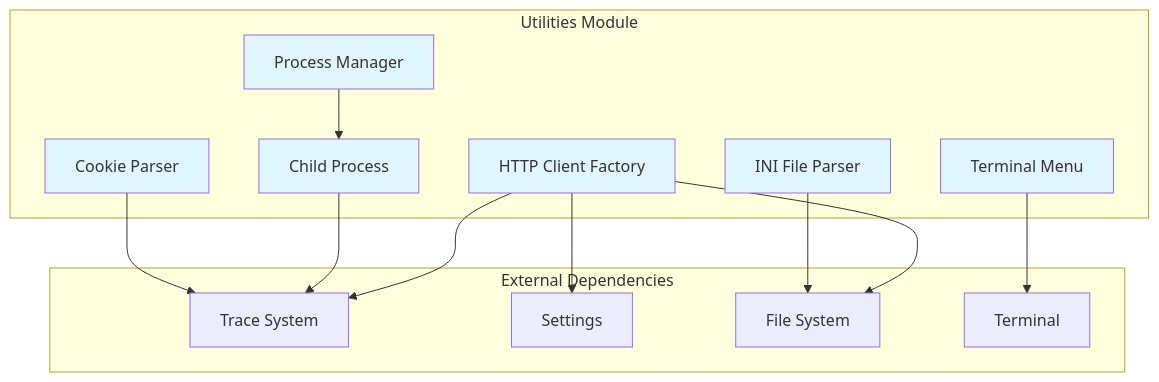
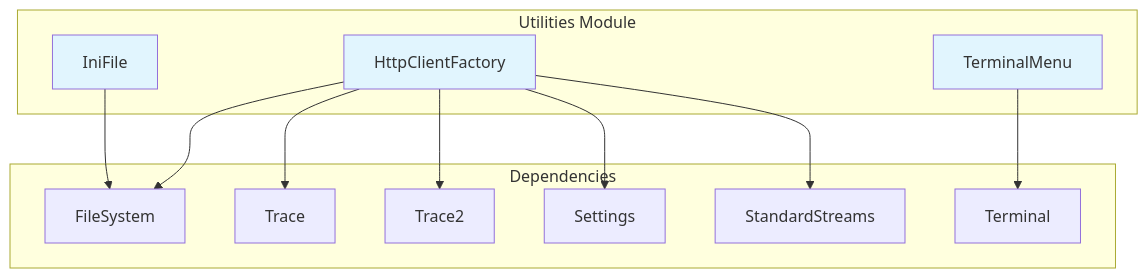
Before and after one commit to FSoft-AI4Code/codewiki-demo: the first of 6 diagrams in docs/git-ecosystem--git-credential-manager-docs/Utilities.md, drawn with Mermaid. The commit also changed other lines of this file and 1103 other files, not shown here.

````diff
--- a/docs/git-ecosystem--git-credential-manager-docs/Utilities.md
+++ b/docs/git-ecosystem--git-credential-manager-docs/Utilities.md
@@ -9,34 +21,29 @@
 ```mermaid
 graph TB
     subgraph "Utilities Module"
-        HTTP[HTTP Client Factory]
-        PM[Process Manager]
-        CP[Child Process]
-        INI[INI File Parser]
-        COOKIE[Cookie Parser]
-        MENU[Terminal Menu]
+        HCF[HttpClientFactory]
+        INI[IniFile]
+        TM[TerminalMenu]
     end
     
-    subgraph "External Dependencies"
-        TRACE[Trace System]
-        SETTINGS[Settings]
-        FS[File System]
-        TERM[Terminal]
+    subgraph "Dependencies"
+        FS[FileSystem]
+        TR[Trace]
+        TR2[Trace2]
+        ST[Settings]
+        SS[StandardStreams]
+        TE[Terminal]
     end
     
-    HTTP --> TRACE
-    HTTP --> SETTINGS
-    HTTP --> FS
-    PM --> CP
-    CP --> TRACE
+    HCF --> FS
+    HCF --> TR
+    HCF --> TR2
+    HCF --> ST
+    HCF --> SS
+    TM --> TE
     INI --> FS
-    COOKIE --> TRACE
-    MENU --> TERM
     
-    style HTTP fill:#e1f5fe
-    style PM fill:#e1f5fe
-    style CP fill:#e1f5fe
+    style HCF fill:#e1f5fe
     style INI fill:#e1f5fe
-    style COOKIE fill:#e1f5fe
-    style MENU fill:#e1f5fe
+    style TM fill:#e1f5fe
 ```
````
